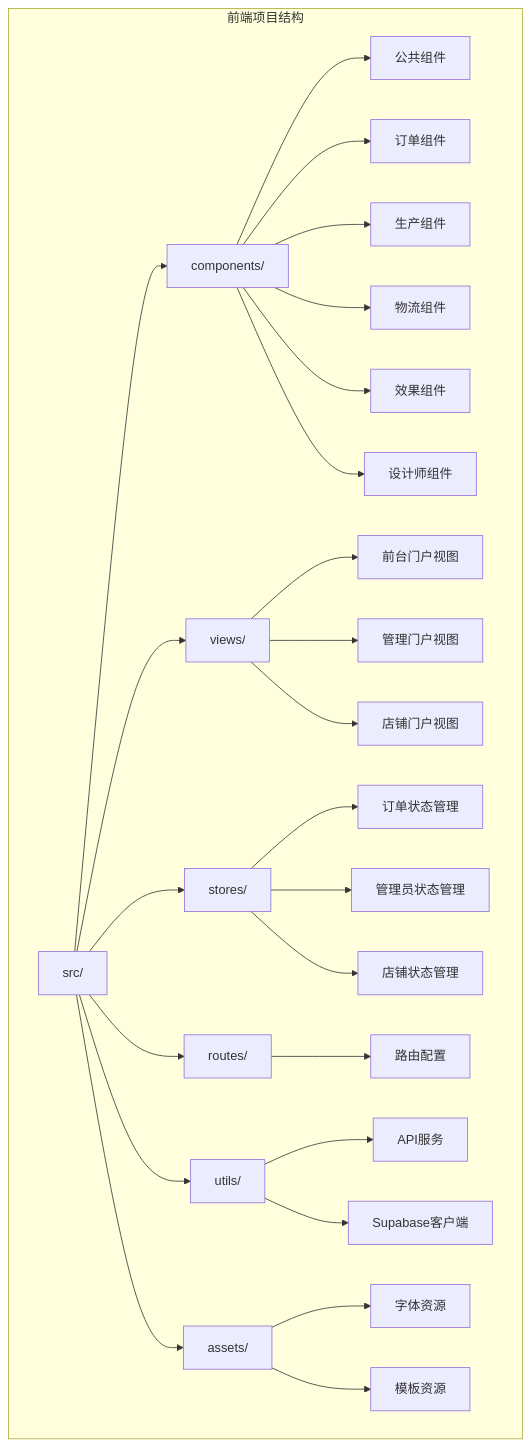
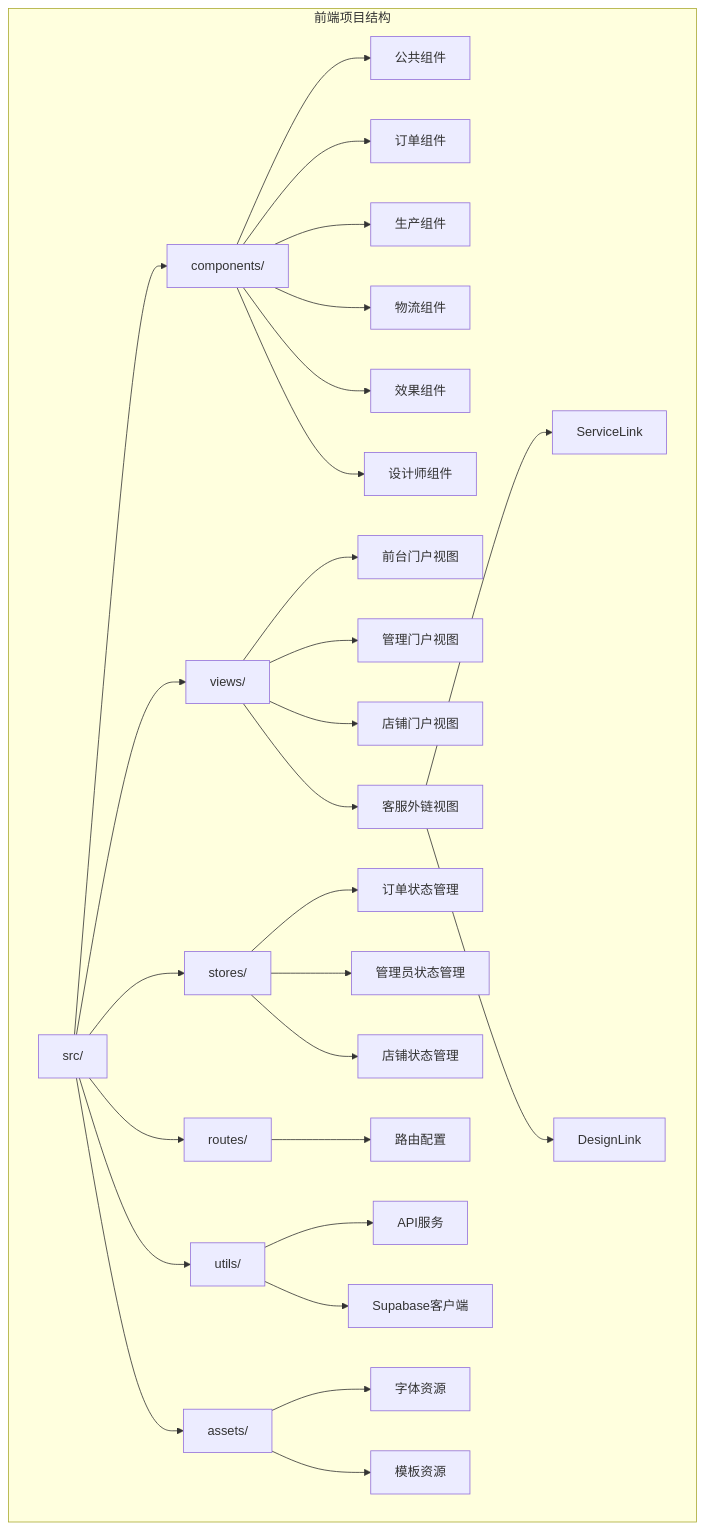
Before and after one commit to SY6621/POD-Order-Management: the first of 31 diagrams in .qoder/repowiki/zh/content/开发指南/Vue组件架构.md, drawn with Mermaid. The commit also changed other lines of this file and 15 other files, not shown here.

````diff
--- a/.qoder/repowiki/zh/content/开发指南/Vue组件架构.md
+++ b/.qoder/repowiki/zh/content/开发指南/Vue组件架构.md
@@ -80,28 +84,31 @@
 ```mermaid
 graph TB
 subgraph "前端项目结构"
 A[src/] --> B[components/]
 A --> C[views/]
 A --> D[stores/]
 A --> E[routes/]
 A --> F[utils/]
 A --> G[assets/]
 B --> B1[公共组件]
 B --> B2[订单组件]
 B --> B3[生产组件]
 B --> B4[物流组件]
 B --> B5[效果组件]
 B --> B6[设计师组件]
 C --> C1[前台门户视图]
 C --> C2[管理门户视图]
 C --> C3[店铺门户视图]
+C --> C4[客服外链视图]
+C4 --> C4a[ServiceLink]
+C4 --> C4b[DesignLink]
 D --> D1[订单状态管理]
 D --> D2[管理员状态管理]
 D --> D3[店铺状态管理]
 E --> E1[路由配置]
 F --> F1[API服务]
 F --> F2[Supabase客户端]
 G --> G1[字体资源]
 G --> G2[模板资源]
 end
 ```
````
